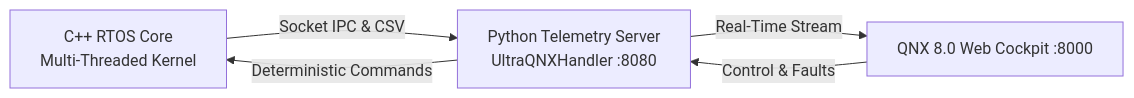
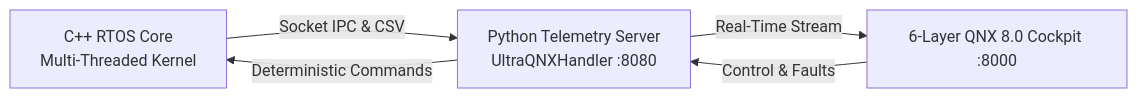
One commit to shaikhabdul2015-max/qnx-hackathon-project changed the diagram in README.md. Above: the diagram before and after it, drawn with Mermaid. The commit also changed other lines of this file, not shown here.

Commit message:
Update README with complete 6-layer QNX 8.0 architecture

````diff
--- a/README.md
+++ b/README.md
@@ -9,7 +9,7 @@
 ```mermaid
 graph LR
     A[C++ RTOS Core<br/>Multi-Threaded Kernel] -->|Socket IPC & CSV| B[Python Telemetry Server<br/>UltraQNXHandler :8080]
-    B -->|Real-Time Stream| C[QNX 8.0 Web Cockpit :8000]
+    B -->|Real-Time Stream| C[6-Layer QNX 8.0 Cockpit :8000]
     C -->|Control & Faults| B
     B -->|Deterministic Commands| A
 ```
````
